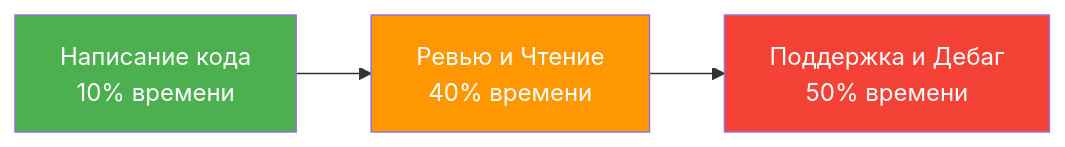
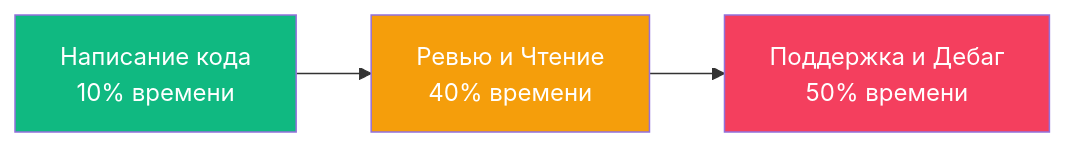
One commit to UnrealTemplier/go-textbook changed the second of 2 diagrams in sources/4. История и философия Go/5. Философия Go. Простота, читаемость и прагматизм.md. Above: the diagram before and after it, drawn with Mermaid. The commit also changed other lines of this file, not shown here.

````diff
--- a/sources/4. История и философия Go/5. Философия Go. Простота, читаемость и прагматизм.md
+++ b/sources/4. История и философия Go/5. Философия Go. Простота, читаемость и прагматизм.md
@@ -35,8 +63,8 @@
 ```mermaid
 flowchart LR
     A["Написание кода<br>10% времени"] --> B["Ревью и Чтение<br>40% времени"]
     B --> C["Поддержка и Дебаг<br>50% времени"]
-    style A fill:#4CAF50,color:#fff
-    style B fill:#FF9800,color:#fff
-    style C fill:#F44336,color:#fff
+    style A fill:#10b981,color:#fff
+    style B fill:#f59e0b,color:#fff
+    style C fill:#f43f5e,color:#fff
 ```
````
